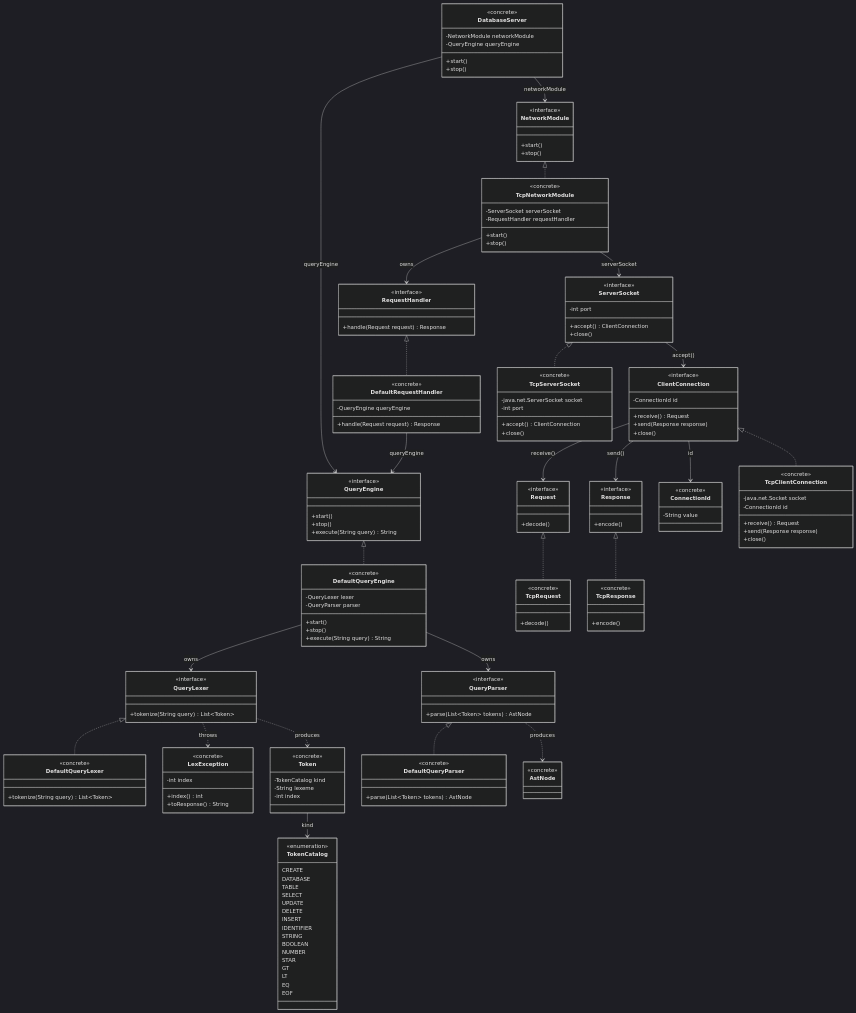
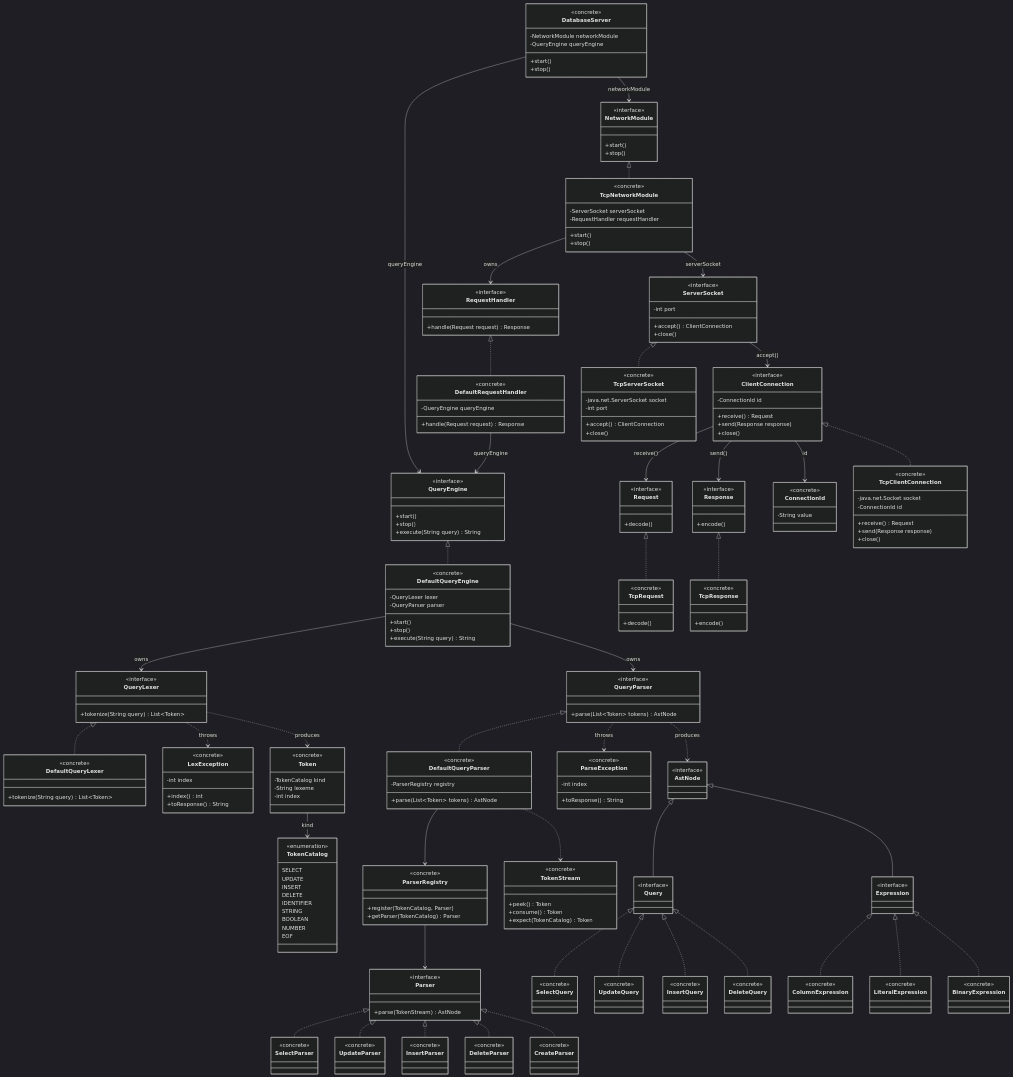
Before and after one commit to ItsPalash13/java-db: the diagram in docs/lld/java-database-lld.md, drawn with Mermaid (dark theme). The commit also changed 30 other files, not shown here.

First line of the commit message:
feat: Add statement parsers with AST packages for CREATE/SELECT/INSERT/UPDATE/DELETE.

```diff
--- a/docs/lld/java-database-lld.md
+++ b/docs/lld/java-database-lld.md
@@ -62,21 +62,14 @@
 
     class TokenCatalog {
         <<enumeration>>
-        CREATE
-        DATABASE
-        TABLE
         SELECT
         UPDATE
+        INSERT
         DELETE
-        INSERT
         IDENTIFIER
         STRING
         BOOLEAN
         NUMBER
-        STAR
-        GT
-        LT
-        EQ
         EOF
     }
 
@@ -94,10 +87,91 @@
 
     class DefaultQueryParser {
         <<concrete>>
+        -ParserRegistry registry
         +parse(List~Token~ tokens) AstNode
     }
 
+    class ParserRegistry {
+        <<concrete>>
+        +register(TokenCatalog, Parser)
+        +getParser(TokenCatalog) Parser
+    }
+
+    class Parser {
+        <<interface>>
+        +parse(TokenStream) AstNode
+    }
+
+    class SelectParser {
+        <<concrete>>
+    }
+
+    class UpdateParser {
+        <<concrete>>
+    }
+
+    class InsertParser {
+        <<concrete>>
+    }
+
+    class DeleteParser {
+        <<concrete>>
+    }
+
+    class CreateParser {
+        <<concrete>>
+    }
+
+    class TokenStream {
+        <<concrete>>
+        +peek() Token
+        +consume() Token
+        +expect(TokenCatalog) Token
+    }
+
+    class ParseException {
+        <<concrete>>
+        -int index
+        +toResponse() String
+    }
+
     class AstNode {
+        <<interface>>
+    }
+
+    class Query {
+        <<interface>>
+    }
+
+    class SelectQuery {
+        <<concrete>>
+    }
+
+    class UpdateQuery {
+        <<concrete>>
+    }
+
+    class InsertQuery {
+        <<concrete>>
+    }
+
+    class DeleteQuery {
+        <<concrete>>
+    }
+
+    class Expression {
+        <<interface>>
+    }
+
+    class ColumnExpression {
+        <<concrete>>
+    }
+
+    class LiteralExpression {
+        <<concrete>>
+    }
+
+    class BinaryExpression {
         <<concrete>>
     }
 
@@ -174,6 +248,11 @@
     QueryEngine <|.. DefaultQueryEngine
     QueryLexer <|.. DefaultQueryLexer
     QueryParser <|.. DefaultQueryParser
+    Parser <|.. SelectParser
+    Parser <|.. UpdateParser
+    Parser <|.. InsertParser
+    Parser <|.. DeleteParser
+    Parser <|.. CreateParser
 
     TcpNetworkModule --> RequestHandler : owns
     DefaultRequestHandler --> QueryEngine : queryEngine
@@ -181,7 +260,20 @@
     DefaultQueryEngine --> QueryParser : owns
     QueryLexer ..> Token : produces
     QueryLexer ..> LexException : throws
+    DefaultQueryParser --> ParserRegistry
+    ParserRegistry --> Parser
+    DefaultQueryParser ..> TokenStream
     QueryParser ..> AstNode : produces
+    QueryParser ..> ParseException : throws
+    AstNode <|-- Query
+    Query <|.. SelectQuery
+    Query <|.. UpdateQuery
+    Query <|.. InsertQuery
+    Query <|.. DeleteQuery
+    AstNode <|-- Expression
+    Expression <|.. ColumnExpression
+    Expression <|.. LiteralExpression
+    Expression <|.. BinaryExpression
     Token --> TokenCatalog : kind
 
     ServerSocket <|.. TcpServerSocket
```
